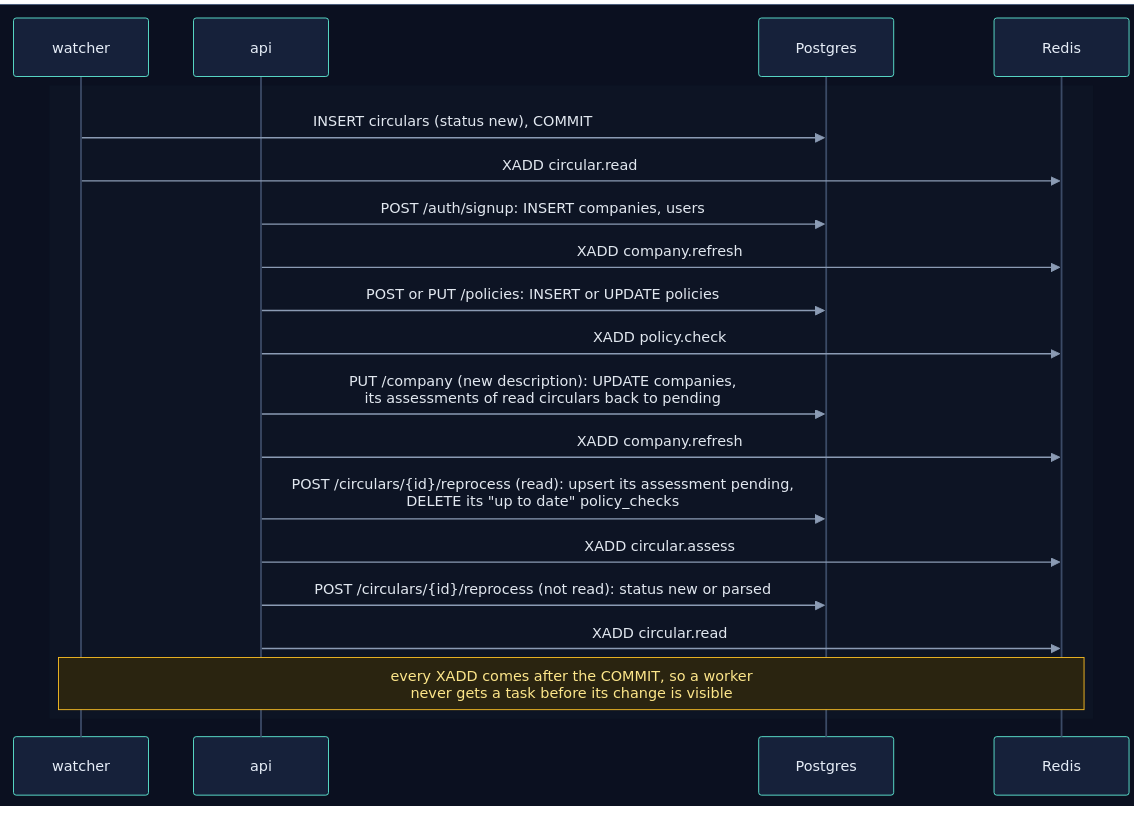
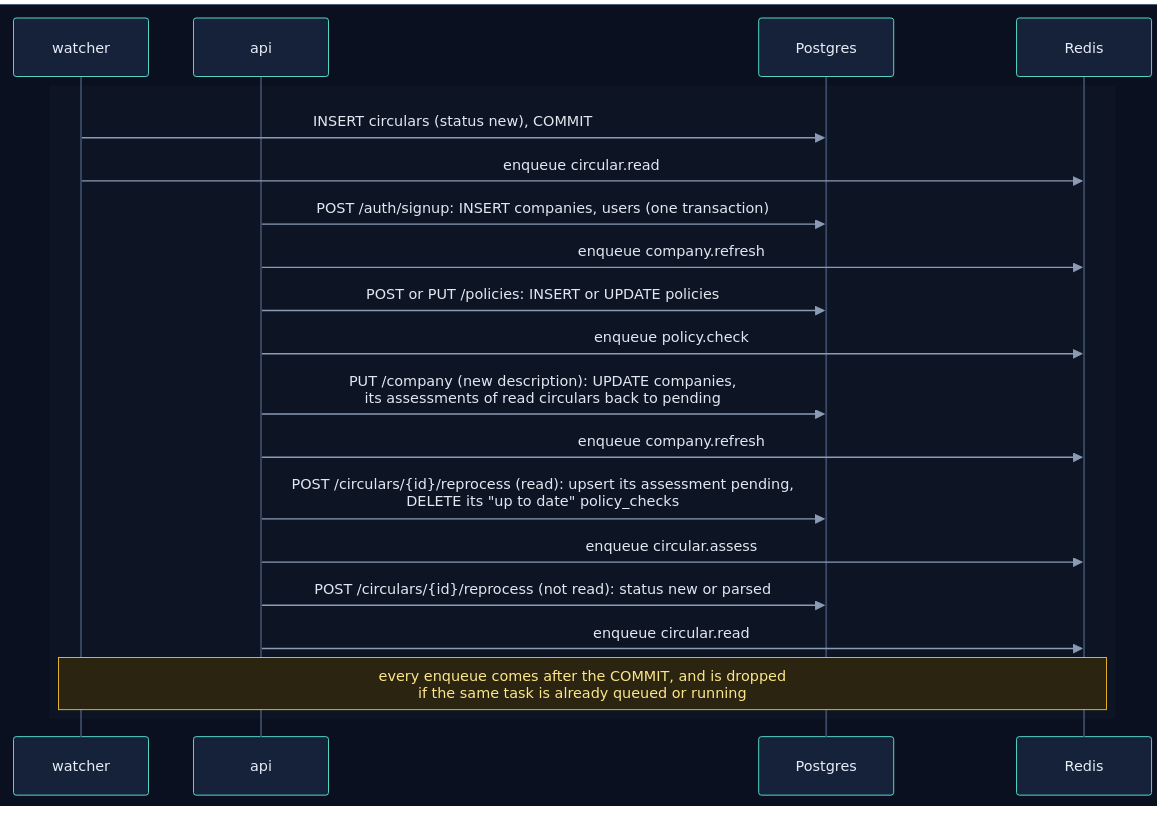
One commit to selvakumarperumal/Regulatory_Circular_Impact_Agent changed diagram 19 of 19 in backend/worker/INTERNALS.md. Above: the diagram before and after it, drawn with Mermaid. The commit also changed other lines of this file and 7 other files, not shown here.

````diff
--- a/backend/worker/INTERNALS.md
+++ b/backend/worker/INTERNALS.md
@@ -972,26 +939,26 @@
 ```mermaid
 %%{init: {"theme": "base", "sequence": {"diagramMarginX": 0, "diagramMarginY": 0}, "themeVariables": {"darkMode": true, "primaryColor": "#16213a", "primaryTextColor": "#e6edf7", "primaryBorderColor": "#475a7a", "lineColor": "#8b9bb4", "secondaryColor": "#1b2436", "tertiaryColor": "#101a2e", "edgeLabelBackground": "#0f172a", "textColor": "#e2e8f0", "actorBkg": "#16213a", "actorBorder": "#5eead4", "actorTextColor": "#e6edf7", "actorLineColor": "#3b4a66", "signalColor": "#8b9bb4", "signalTextColor": "#e2e8f0", "noteBkgColor": "#2a2410", "noteBorderColor": "#fbbf24", "noteTextColor": "#fde68a", "labelBoxBkgColor": "#1e293b", "labelBoxBorderColor": "#64748b", "labelTextColor": "#e2e8f0", "loopTextColor": "#c4b5fd", "sequenceNumberColor": "#0b1020", "activationBkgColor": "#1e293b"}}}%%
 sequenceDiagram
     box rgb(11, 16, 32)
         participant W as watcher
         participant A as api
         participant PG as Postgres
         participant R as Redis
     end
 
     rect rgb(13, 20, 36)
         W->>PG: INSERT circulars (status new), COMMIT
-        W->>R: XADD circular.read
-        A->>PG: POST /auth/signup: INSERT companies, users
-        A->>R: XADD company.refresh
+        W->>R: enqueue circular.read
+        A->>PG: POST /auth/signup: INSERT companies, users (one transaction)
+        A->>R: enqueue company.refresh
         A->>PG: POST or PUT /policies: INSERT or UPDATE policies
-        A->>R: XADD policy.check
+        A->>R: enqueue policy.check
         A->>PG: PUT /company (new description): UPDATE companies,<br/>its assessments of read circulars back to pending
-        A->>R: XADD company.refresh
+        A->>R: enqueue company.refresh
         A->>PG: POST /circulars/{id}/reprocess (read): upsert its assessment pending,<br/>DELETE its "up to date" policy_checks
-        A->>R: XADD circular.assess
+        A->>R: enqueue circular.assess
         A->>PG: POST /circulars/{id}/reprocess (not read): status new or parsed
-        A->>R: XADD circular.read
-        Note over W,R: every XADD comes after the COMMIT, so a worker<br/>never gets a task before its change is visible
+        A->>R: enqueue circular.read
+        Note over W,R: every enqueue comes after the COMMIT, and is dropped<br/>if the same task is already queued or running
     end
 ```
````
